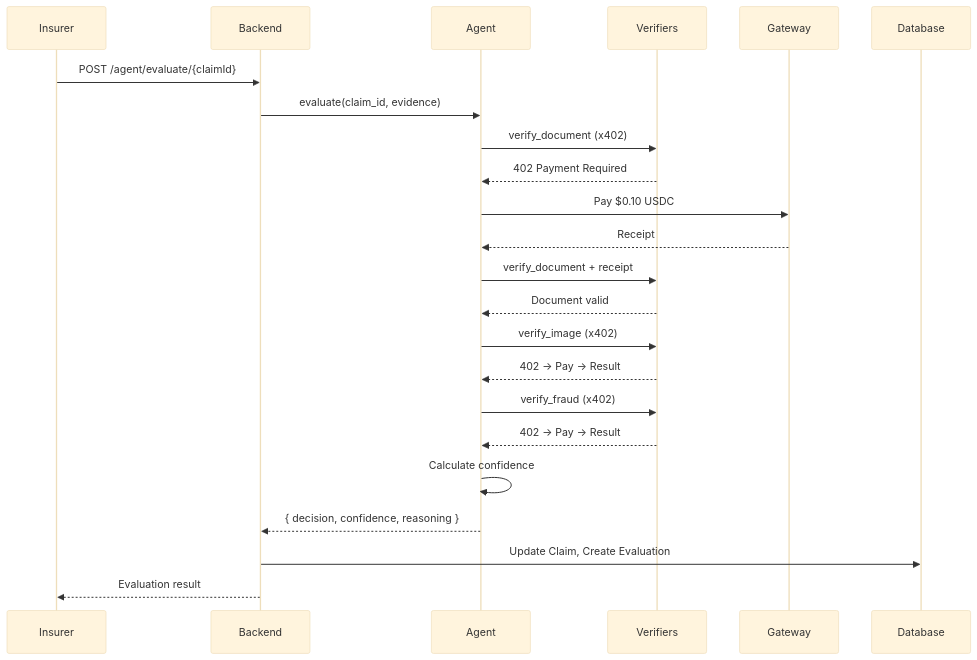
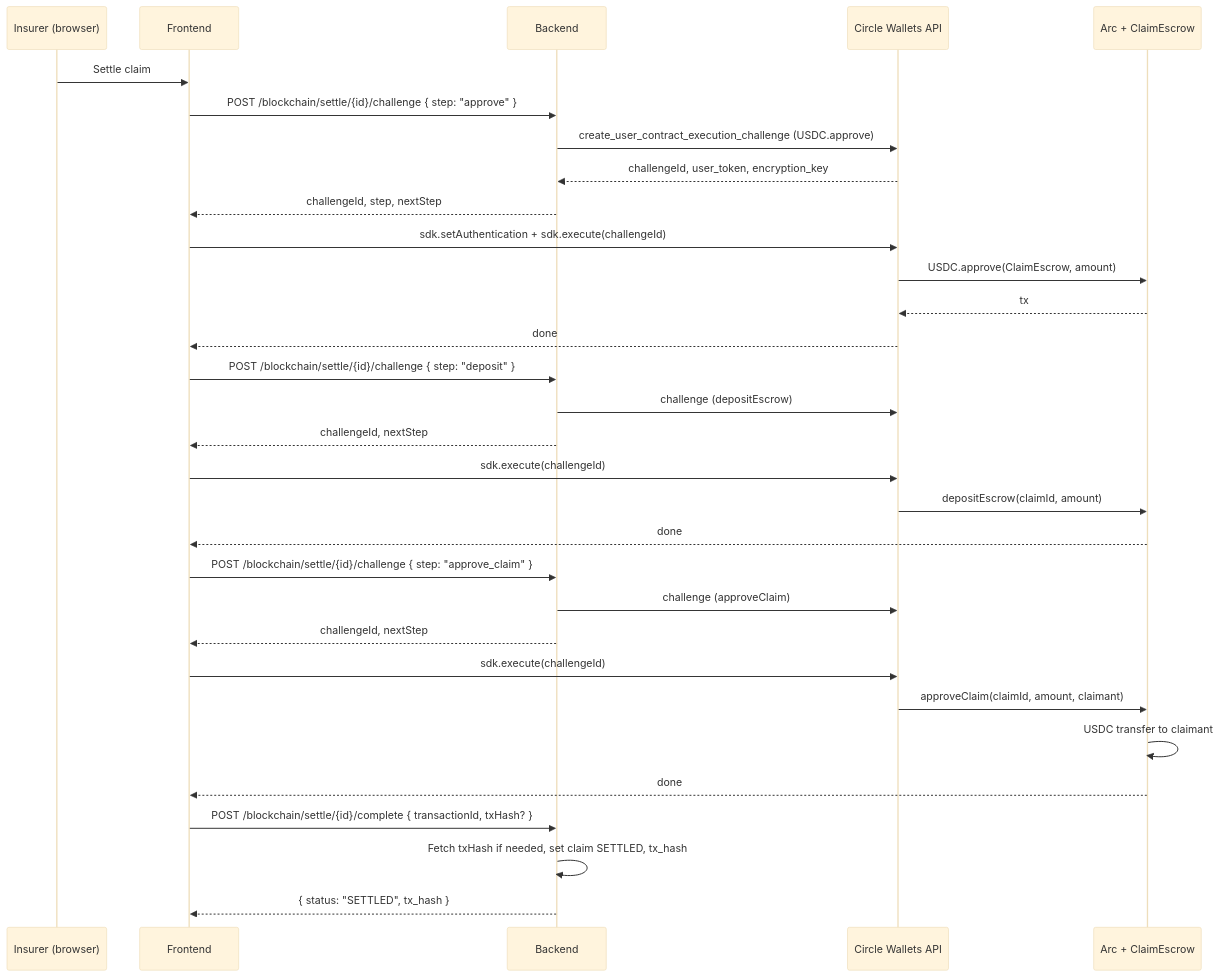
Before and after one commit to nevilshah235/claimledger: the second of 2 diagrams in docs/HLD.md, drawn with Mermaid (base theme). The commit also changed other lines of this file and 2 other files, not shown here.

````diff
--- a/docs/HLD.md
+++ b/docs/HLD.md
@@ -300,30 +271,37 @@
 ```mermaid
 sequenceDiagram
-    participant I as Insurer
-    participant B as Backend
-    participant A as Agent
-    participant V as Verifiers
-    participant G as Gateway
-    participant DB as Database
-    
-    I->>B: POST /agent/evaluate/{claimId}
-    B->>A: evaluate(claim_id, evidence)
-    
-    A->>V: verify_document (x402)
-    V-->>A: 402 Payment Required
-    A->>G: Pay $0.10 USDC
-    G-->>A: Receipt
-    A->>V: verify_document + receipt
-    V-->>A: Document valid
-    
-    A->>V: verify_image (x402)
-    V-->>A: 402 → Pay → Result
-    
-    A->>V: verify_fraud (x402)
-    V-->>A: 402 → Pay → Result
-    
-    A->>A: Calculate confidence
-    A-->>B: { decision, confidence, reasoning }
-    B->>DB: Update Claim, Create Evaluation
-    B-->>I: Evaluation result
+    participant I as Insurer (browser)
+    participant FE as Frontend
+    participant API as Backend
+    participant Circle as Circle Wallets API
+    participant Arc as Arc + ClaimEscrow
+
+    I->>FE: Settle claim
+    FE->>API: POST /blockchain/settle/{id}/challenge { step: "approve" }
+    API->>Circle: create_user_contract_execution_challenge (USDC.approve)
+    Circle-->>API: challengeId, user_token, encryption_key
+    API-->>FE: challengeId, step, nextStep
+    FE->>Circle: sdk.setAuthentication + sdk.execute(challengeId)
+    Circle->>Arc: USDC.approve(ClaimEscrow, amount)
+    Arc-->>Circle: tx
+    Circle-->>FE: done
+
+    FE->>API: POST /blockchain/settle/{id}/challenge { step: "deposit" }
+    API->>Circle: challenge (depositEscrow)
+    API-->>FE: challengeId, nextStep
+    FE->>Circle: sdk.execute(challengeId)
+    Circle->>Arc: depositEscrow(claimId, amount)
+    Arc-->>FE: done
+
+    FE->>API: POST /blockchain/settle/{id}/challenge { step: "approve_claim" }
+    API->>Circle: challenge (approveClaim)
+    API-->>FE: challengeId, nextStep
+    FE->>Circle: sdk.execute(challengeId)
+    Circle->>Arc: approveClaim(claimId, amount, claimant)
+    Arc->>Arc: USDC transfer to claimant
+    Arc-->>FE: done
+
+    FE->>API: POST /blockchain/settle/{id}/complete { transactionId, txHash? }
+    API->>API: Fetch txHash if needed, set claim SETTLED, tx_hash
+    API-->>FE: { status: "SETTLED", tx_hash }
 ```
````
